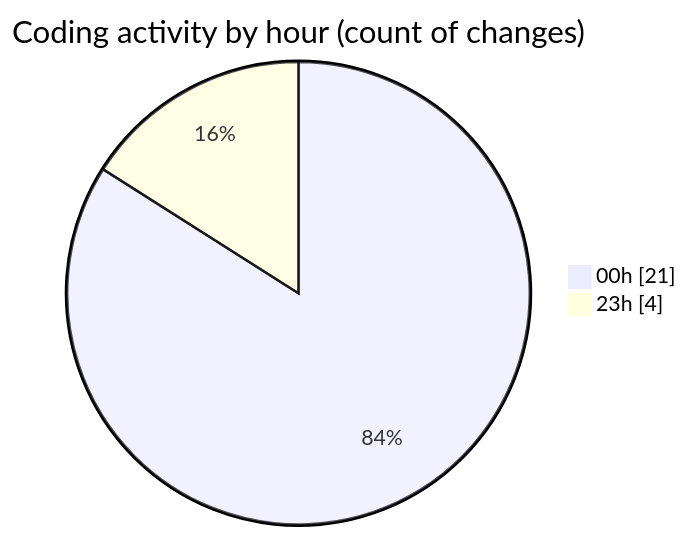
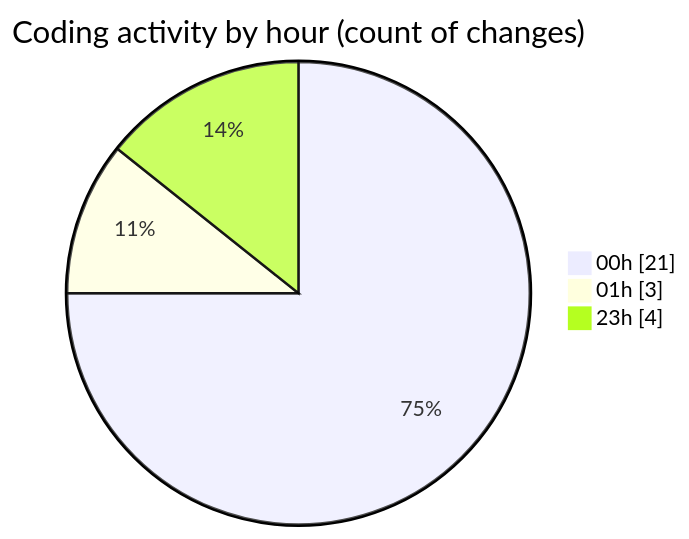
The second of 2 diagrams in 2025-08-21/napxuvn/README.md (lephambinh05/code-tracking), drawn with Mermaid before and after one commit. The commit also changed other lines of this file and 1 other file, not shown here.

````diff
--- a/2025-08-21/napxuvn/README.md
+++ b/2025-08-21/napxuvn/README.md
@@ -39,6 +40,7 @@
 ```mermaid
 pie showData
 title Coding activity by hour (count of changes)
 "00h" : 21
+"01h" : 3
 "23h" : 4
 ```
````
